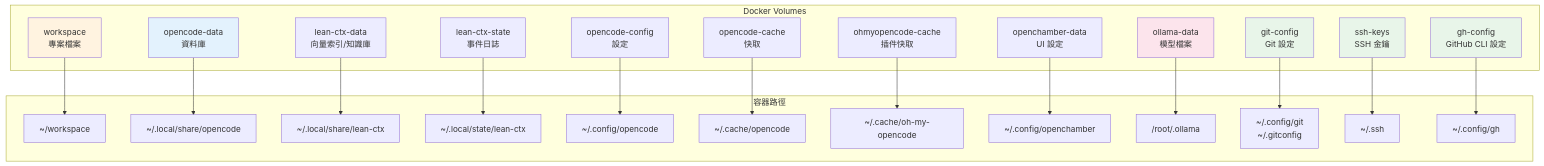
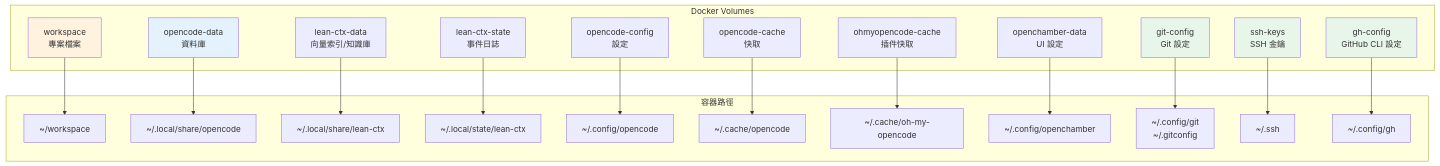
Before and after one commit to tryweb/ai-engkit: the eighth of 11 diagrams in docs/ARCHITECTURE.md, drawn with Mermaid. The commit also changed other lines of this file and 4 other files, not shown here.

````diff
--- a/docs/ARCHITECTURE.md
+++ b/docs/ARCHITECTURE.md
@@ -292,52 +233,48 @@
 ```mermaid
 graph TB
     subgraph "Docker Volumes"
         VOL_WS["workspace<br/>專案檔案"]
         VOL_DATA["opencode-data<br/>資料庫"]
         VOL_CONFIG["opencode-config<br/>設定"]
         VOL_CACHE["opencode-cache<br/>快取"]
         VOL_OHMY["ohmyopencode-cache<br/>插件快取"]
         VOL_CHAMBER["openchamber-data<br/>UI 設定"]
-        VOL_OLLAMA["ollama-data<br/>模型檔案"]
         VOL_GIT["git-config<br/>Git 設定"]
         VOL_SSH["ssh-keys<br/>SSH 金鑰"]
         VOL_GH["gh-config<br/>GitHub CLI 設定"]
         VOL_LC_DATA["lean-ctx-data<br/>向量索引/知識庫"]
         VOL_LC_STATE["lean-ctx-state<br/>事件日誌"]
     end
 
     subgraph "容器路徑"
         C_WS["~/workspace"]
         C_DATA["~/.local/share/opencode"]
         C_LC_DATA["~/.local/share/lean-ctx"]
         C_LC_STATE["~/.local/state/lean-ctx"]
         C_CONFIG["~/.config/opencode"]
         C_CACHE["~/.cache/opencode"]
         C_OHMY["~/.cache/oh-my-opencode"]
         C_CHAMBER["~/.config/openchamber"]
-        O_OLLAMA["/root/.ollama"]
         C_GIT["~/.config/git<br/>~/.gitconfig"]
         C_SSH["~/.ssh"]
         C_GH["~/.config/gh"]
     end
 
     VOL_WS --> C_WS
     VOL_DATA --> C_DATA
     VOL_CONFIG --> C_CONFIG
     VOL_CACHE --> C_CACHE
     VOL_OHMY --> C_OHMY
     VOL_CHAMBER --> C_CHAMBER
-    VOL_OLLAMA --> O_OLLAMA
     VOL_GIT --> C_GIT
     VOL_SSH --> C_SSH
     VOL_GH --> C_GH
     VOL_LC_DATA --> C_LC_DATA
     VOL_LC_STATE --> C_LC_STATE
 
     style VOL_WS fill:#fff3e0
     style VOL_DATA fill:#e3f2fd
-    style VOL_OLLAMA fill:#fce4ec
     style VOL_GIT fill:#e8f5e9
     style VOL_SSH fill:#e8f5e9
     style VOL_GH fill:#e8f5e9
 ```
````
